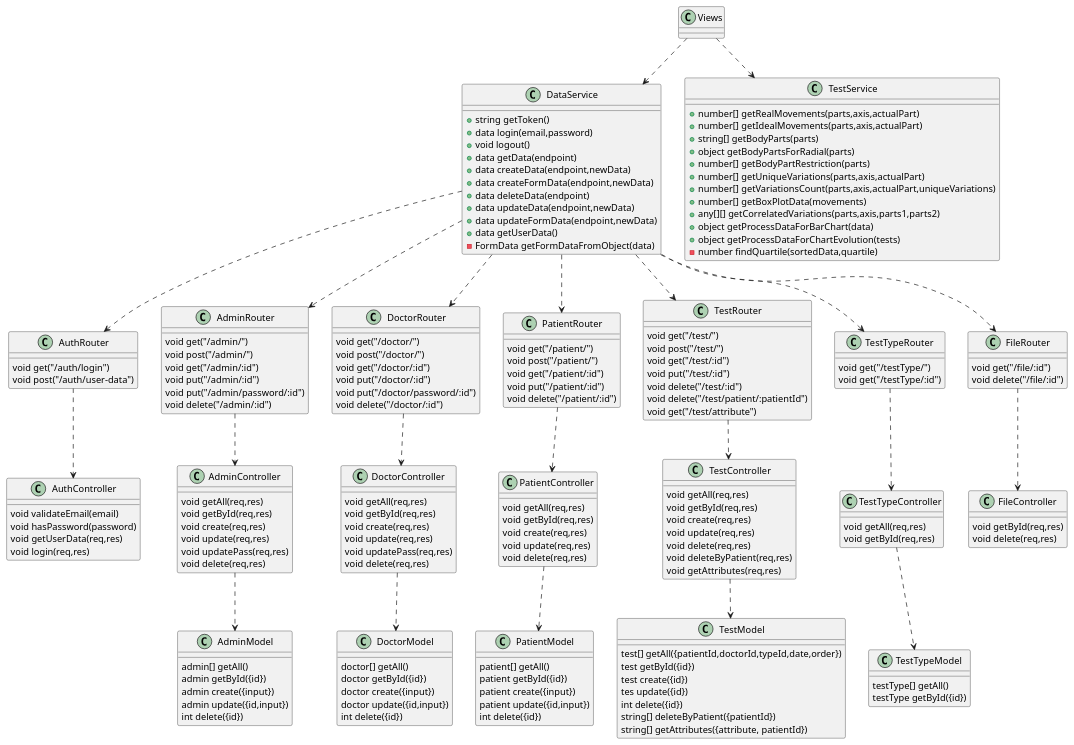
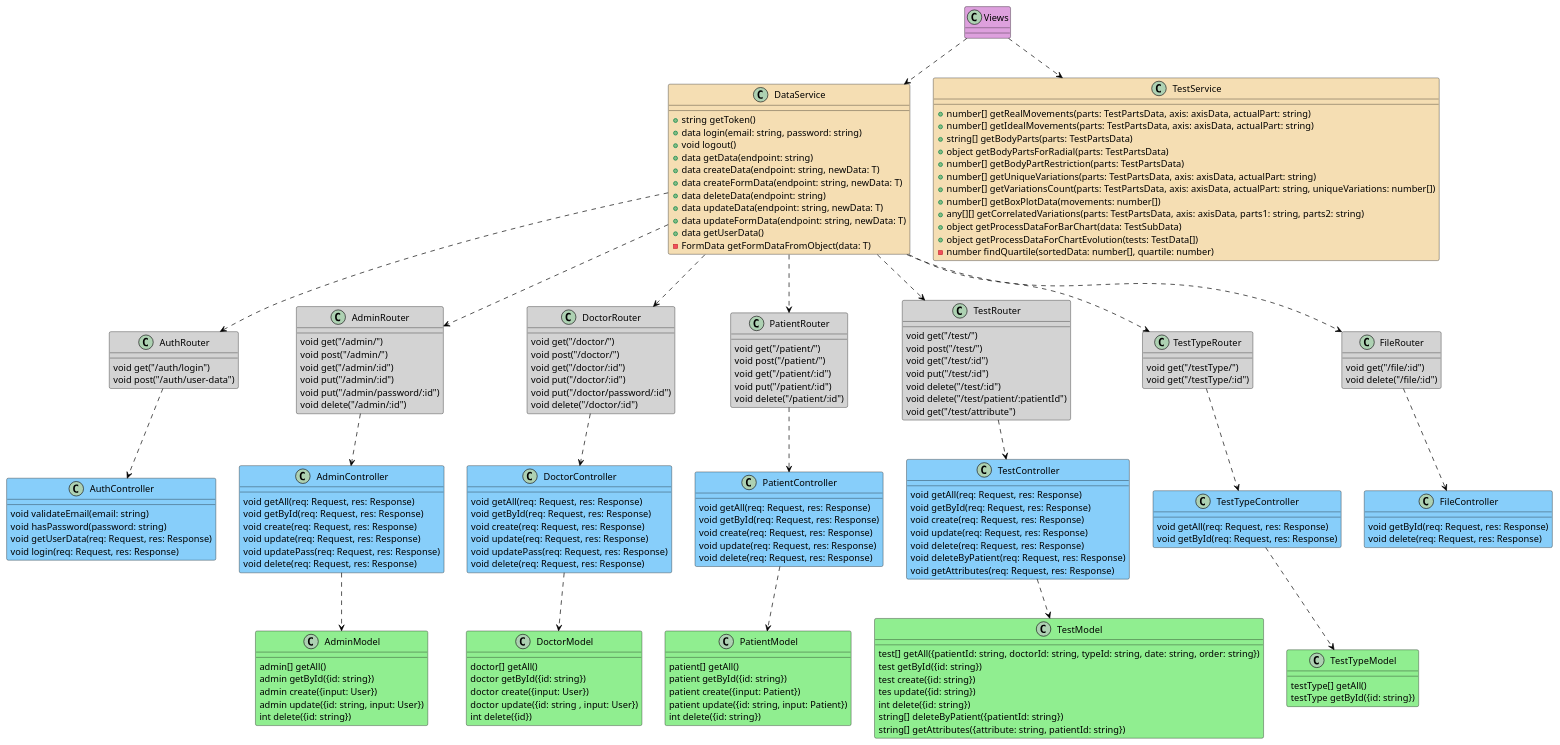
The second of 2 diagrams in templateAPP/input/chapters/04_resultado.md (TFG-SGM/memoria), drawn with PlantUML before and after one commit. The commit also changed other lines of this file and 51 other files, not shown here.

Commit message:
update diagram

````diff
--- a/templateAPP/input/chapters/04_resultado.md
+++ b/templateAPP/input/chapters/04_resultado.md
@@ -75,5 +75,10 @@
-```{.plantuml #capitulo4:diagrama-clases caption="Diagrama de clases ilustrando una arquitectura MVC" frame=single}
+```{.plantuml #capitulo4:diagrama-clases caption="Diagrama de clases ilustrando una arquitectura" frame=single}
 @startuml
+
+skinparam class {
+    BorderColor black
+}
+skinparam ArrowColor black
 
 Views ..> DataService
 Views ..> TestService
@@ -100,41 +105,43 @@
 TestController ..> TestModel
 TestTypeController ..> TestTypeModel
 
-class TestService {
-	+number[] getRealMovements(parts,axis,actualPart)
-    +number[] getIdealMovements(parts,axis,actualPart)
-    +string[] getBodyParts(parts)
-    +object getBodyPartsForRadial(parts)
-    +number[] getBodyPartRestriction(parts)
-    +number[] getUniqueVariations(parts,axis,actualPart)
-    +number[] getVariationsCount(parts,axis,actualPart,uniqueVariations)
-    +number[] getBoxPlotData(movements)
-    +any[][] getCorrelatedVariations(parts,axis,parts1,parts2)
-    +object getProcessDataForBarChart(data)
-    +object getProcessDataForChartEvolution(tests)
-    -number findQuartile(sortedData,quartile)
+class Views #Plum {}
+
+class TestService #Wheat {
+    +number[] getRealMovements(parts: TestPartsData, axis: axisData, actualPart: string)
+    +number[] getIdealMovements(parts: TestPartsData, axis: axisData, actualPart: string)
+    +string[] getBodyParts(parts: TestPartsData)
+    +object getBodyPartsForRadial(parts: TestPartsData)
+    +number[] getBodyPartRestriction(parts: TestPartsData)
+    +number[] getUniqueVariations(parts: TestPartsData, axis: axisData, actualPart: string)
+    +number[] getVariationsCount(parts: TestPartsData, axis: axisData, actualPart: string, uniqueVariations: number[])
+    +number[] getBoxPlotData(movements: number[])
+    +any[][] getCorrelatedVariations(parts: TestPartsData, axis: axisData, parts1: string, parts2: string)
+    +object getProcessDataForBarChart(data: TestSubData)
+    +object getProcessDataForChartEvolution(tests: TestData[])
+    -number findQuartile(sortedData: number[], quartile: number)
 }
 
-class DataService {
+class DataService #Wheat {
     +string getToken()
-	+data login(email,password)
+	+data login(email: string, password: string)
 	+void logout()
-	+data getData(endpoint)
-	+data createData(endpoint,newData) 
-	+data createFormData(endpoint,newData) 
-	+data deleteData(endpoint) 
-	+data updateData(endpoint,newData) 
-	+data updateFormData(endpoint,newData) 
+	+data getData(endpoint: string)
+	+data createData(endpoint: string, newData: T) 
+	+data createFormData(endpoint: string, newData: T) 
+	+data deleteData(endpoint: string) 
+	+data updateData(endpoint: string, newData: T) 
+	+data updateFormData(endpoint: string, newData: T) 
 	+data getUserData() 
-	-FormData getFormDataFromObject(data) 
+	-FormData getFormDataFromObject(data: T) 
 }
 
-class AuthRouter {
+class AuthRouter #LightGrey {
 	void get("/auth/login")
 	void post("/auth/user-data")
 }
 
-class AdminRouter {
+class AdminRouter #LightGrey {
 	void get("/admin/")
 	void post("/admin/")
 	void get("/admin/:id")
@@ -143,7 +150,7 @@
 	void delete("/admin/:id")
 }
 
-class DoctorRouter {
+class DoctorRouter #LightGrey {
 	void get("/doctor/")
 	void post("/doctor/")
 	void get("/doctor/:id")
@@ -152,7 +159,7 @@
 	void delete("/doctor/:id")
 }
 
-class PatientRouter {
+class PatientRouter #LightGrey {
 	void get("/patient/")
 	void post("/patient/")
 	void get("/patient/:id")
@@ -160,7 +167,7 @@
 	void delete("/patient/:id")
 }
 
-class TestRouter {
+class TestRouter #LightGrey {
 	void get("/test/")
 	void post("/test/")
 	void get("/test/:id")
@@ -170,106 +177,106 @@
 	void get("/test/attribute")
 }
 
-class TestTypeRouter {
+class TestTypeRouter #LightGrey {
 	void get("/testType/")
 	void get("/testType/:id")
 }
 
-class FileRouter {
+class FileRouter #LightGrey {
 	void get("/file/:id")
 	void delete("/file/:id")
 }
 
-class AuthController {
-	void validateEmail(email)
-	void hasPassword(password)
-	void getUserData(req,res)
-	void login(req,res)
+class AuthController #LightSkyBlue {
+	void validateEmail(email: string)
+	void hasPassword(password: string)
+	void getUserData(req: Request, res: Response)
+	void login(req: Request, res: Response)
 }
 
-class AdminController {
-	void getAll(req,res)
-	void getById(req,res)
-	void create(req,res)
-	void update(req,res)
-	void updatePass(req,res)
-	void delete(req,res)
+class AdminController #LightSkyBlue {
+	void getAll(req: Request, res: Response)
+	void getById(req: Request, res: Response)
+	void create(req: Request, res: Response)
+	void update(req: Request, res: Response)
+	void updatePass(req: Request, res: Response)
+	void delete(req: Request, res: Response)
 }
 
-class DoctorController {
-	void getAll(req,res)
-	void getById(req,res)
-	void create(req,res)
-	void update(req,res)
-	void updatePass(req,res)
-	void delete(req,res)
+class DoctorController #LightSkyBlue {
+	void getAll(req: Request, res: Response)
+	void getById(req: Request, res: Response)
+	void create(req: Request, res: Response)
+	void update(req: Request, res: Response)
+	void updatePass(req: Request, res: Response)
+	void delete(req: Request, res: Response)
 }
 
-class PatientController {
-	void getAll(req,res)
-	void getById(req,res)
-	void create(req,res)
-	void update(req,res)
-	void delete(req,res)
+class PatientController #LightSkyBlue {
+	void getAll(req: Request, res: Response)
+	void getById(req: Request, res: Response)
+	void create(req: Request, res: Response)
+	void update(req: Request, res: Response)
+	void delete(req: Request, res: Response)
 }
 
-class TestController {
-	void getAll(req,res)
-	void getById(req,res)
-	void create(req,res)
-	void update(req,res)
-	void delete(req,res)
-	void deleteByPatient(req,res)
-	void getAttributes(req,res)
+class TestController #LightSkyBlue {
+	void getAll(req: Request, res: Response)
+	void getById(req: Request, res: Response)
+	void create(req: Request, res: Response)
+	void update(req: Request, res: Response)
+	void delete(req: Request, res: Response)
+	void deleteByPatient(req: Request, res: Response)
+	void getAttributes(req: Request, res: Response)
 }
 
-class TestTypeController {
-	void getAll(req,res)
-	void getById(req,res)
+class TestTypeController #LightSkyBlue {
+	void getAll(req: Request, res: Response)
+	void getById(req: Request, res: Response)
 }
 
-class FileController {
-	void getById(req,res)
-	void delete(req,res)
+class FileController #LightSkyBlue {
+	void getById(req: Request, res: Response)
+	void delete(req: Request, res: Response)
 }
 
-class AdminModel {
+class AdminModel #LightGreen {
 	admin[] getAll()
-	admin getById({id})
-	admin create({input})
-	admin update({id,input})
+	admin getById({id: string})
+	admin create({input: User})
+	admin update({id: string, input: User})
+	int delete({id: string})
+}
+
+class DoctorModel #LightGreen{
+	doctor[] getAll()
+	doctor getById({id: string})
+	doctor create({input: User})
+	doctor update({id: string , input: User})
 	int delete({id})
 }
 
-class DoctorModel {
-	doctor[] getAll()
-	doctor getById({id})
-	doctor create({input})
-	doctor update({id,input})
-	int delete({id})
+class PatientModel #LightGreen{
+	patient[] getAll()
+	patient getById({id: string})
+	patient create({input: Patient})
+	patient update({id: string, input: Patient})
+	int delete({id: string})
 }
 
-class PatientModel {
-	patient[] getAll()
-	patient getById({id})
-	patient create({input})
-	patient update({id,input})
-	int delete({id})
+class TestModel #LightGreen {
+	test[] getAll({patientId: string, doctorId: string, typeId: string, date: string, order: string})
+	test getById({id: string})
+	test create({id: string})
+	tes update({id: string})
+	int delete({id: string})
+	string[] deleteByPatient({patientId: string})
+	string[] getAttributes({attribute: string, patientId: string})
 }
 
-class TestModel {
-	test[] getAll({patientId,doctorId,typeId,date,order})
-	test getById({id})
-	test create({id})
-	tes update({id})
-	int delete({id})
-	string[] deleteByPatient({patientId})
-	string[] getAttributes({attribute, patientId})
-}
-
-class TestTypeModel {
+class TestTypeModel #LightGreen{
 	testType[] getAll()
-	testType getById({id})
+	testType getById({id: string})
 }
 
 @enduml
````
